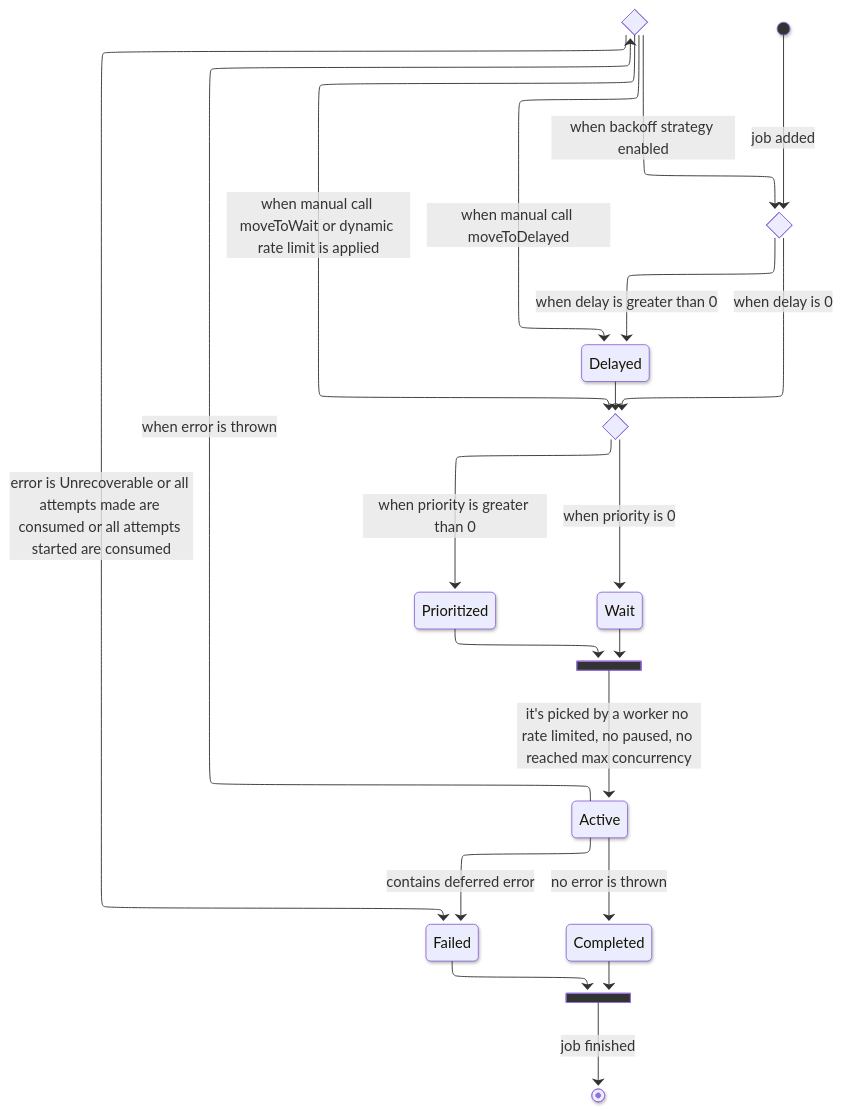
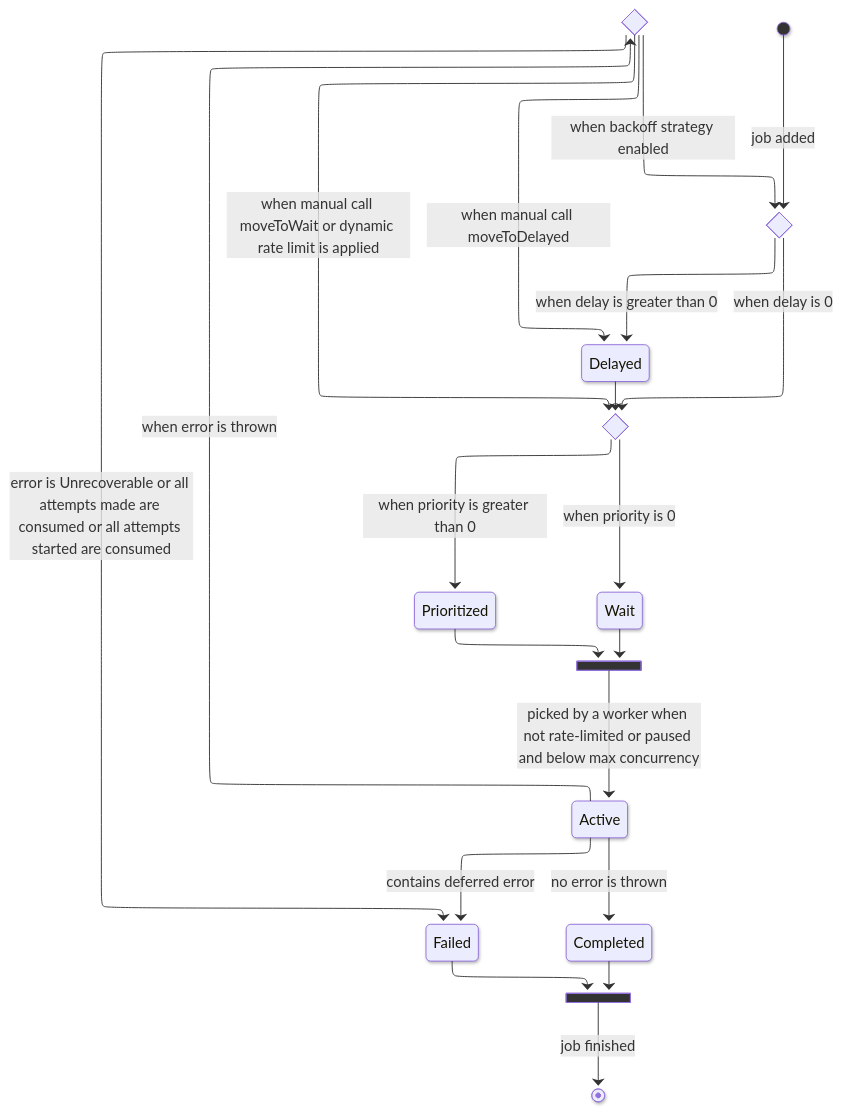
The diagram in docs/gitbook/.gitbook/assets/simple-architecture.mmd (taskforcesh/bullmq), drawn with Mermaid before and after one commit.

```diff
--- a/docs/gitbook/.gitbook/assets/simple-architecture.mmd
+++ b/docs/gitbook/.gitbook/assets/simple-architecture.mmd
@@ -1,31 +1,31 @@
 ---
 config:
   layout: elk
   look: neo
 ---
 stateDiagram
   direction TB
   state delayChoice <<choice>>
   state priorityChoice <<choice>>
   state errorChoice <<choice>>
   state jobFinished <<join>>
   state workerPickup <<join>>
   [*] --> delayChoice: job added
   delayChoice --> priorityChoice:when delay is 0
   delayChoice --> Delayed:when delay is greater than 0
   priorityChoice --> Prioritized:when priority is greater than 0
   priorityChoice --> Wait:when priority is 0
   Delayed --> priorityChoice
   errorChoice --> delayChoice:when backoff strategy enabled
   errorChoice --> Delayed:when manual call moveToDelayed
   errorChoice --> priorityChoice:when manual call moveToWait or dynamic rate limit is applied
   errorChoice --> Failed:error is Unrecoverable or all attempts made are consumed or all attempts started are consumed
   Prioritized --> workerPickup
   Wait --> workerPickup
-  workerPickup --> Active:it's picked by a worker no rate limited, no paused, no reached max concurrency
+  workerPickup --> Active:picked by a worker when not rate-limited or paused and below max concurrency
   Active --> errorChoice:when error is thrown
   Active --> Failed:contains deferred error
   Active --> Completed:no error is thrown
   Completed --> jobFinished
   Failed --> jobFinished
   jobFinished --> [*]:job finished
```
